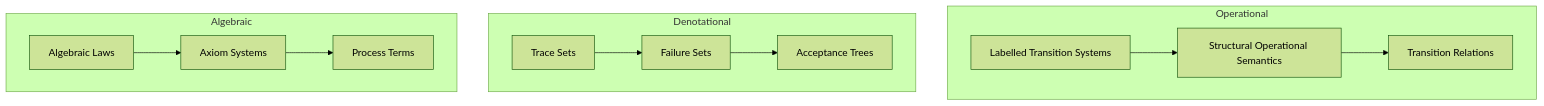
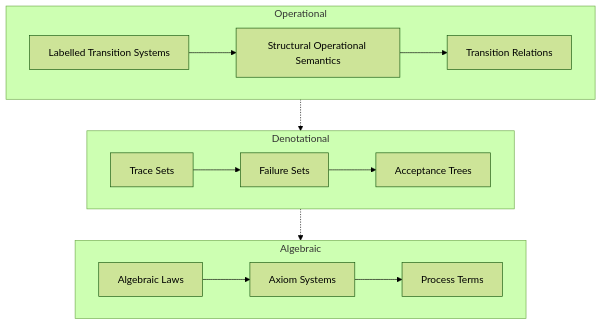
One commit to yshaaban/pa changed the first of 9 diagrams in process-algebra-verifier/docs/theory.md. Above: the diagram before and after it, drawn with Mermaid (forest theme). The commit also changed other lines of this file, not shown here.

First line of the commit message:
fix: further improve theory.md mermaid diagrams

````diff
--- a/process-algebra-verifier/docs/theory.md
+++ b/process-algebra-verifier/docs/theory.md
@@ -7,27 +7,26 @@
 ```mermaid
 graph TB
-    LTS[Labelled Transition Systems]
-    SOS[Structural Operational Semantics]
-    Trans[Transition Relations]
-    Traces[Trace Sets]
-    Failures[Failure Sets]
-    Accept[Acceptance Trees]
-    Laws[Algebraic Laws]
-    Axioms[Axiom Systems]
-    Terms[Process Terms]
-
     subgraph Operational
-        LTS --> SOS
-        SOS --> Trans
+        LTS[Labelled Transition Systems]
+        SOS[Structural Operational Semantics]
+        Trans[Transition Relations]
+        LTS --> SOS --> Trans
     end
 
     subgraph Denotational
-        Traces --> Failures
-        Failures --> Accept
+        Traces[Trace Sets]
+        Failures[Failure Sets]
+        Accept[Acceptance Trees]
+        Traces --> Failures --> Accept
     end
 
     subgraph Algebraic
-        Laws --> Axioms
-        Axioms --> Terms
+        Laws[Algebraic Laws]
+        Axioms[Axiom Systems]
+        Terms[Process Terms]
+        Laws --> Axioms --> Terms
     end
+
+    Operational -.-> Denotational
+    Denotational -.-> Algebraic
 ```
````
